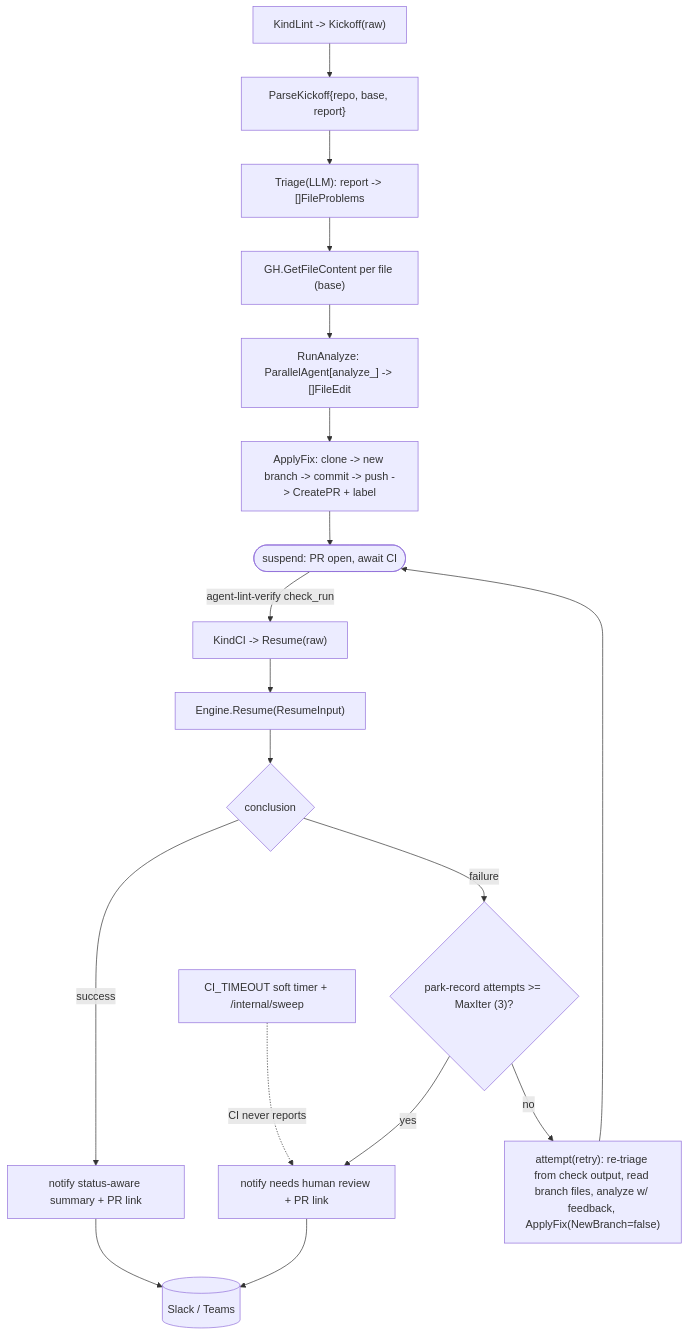
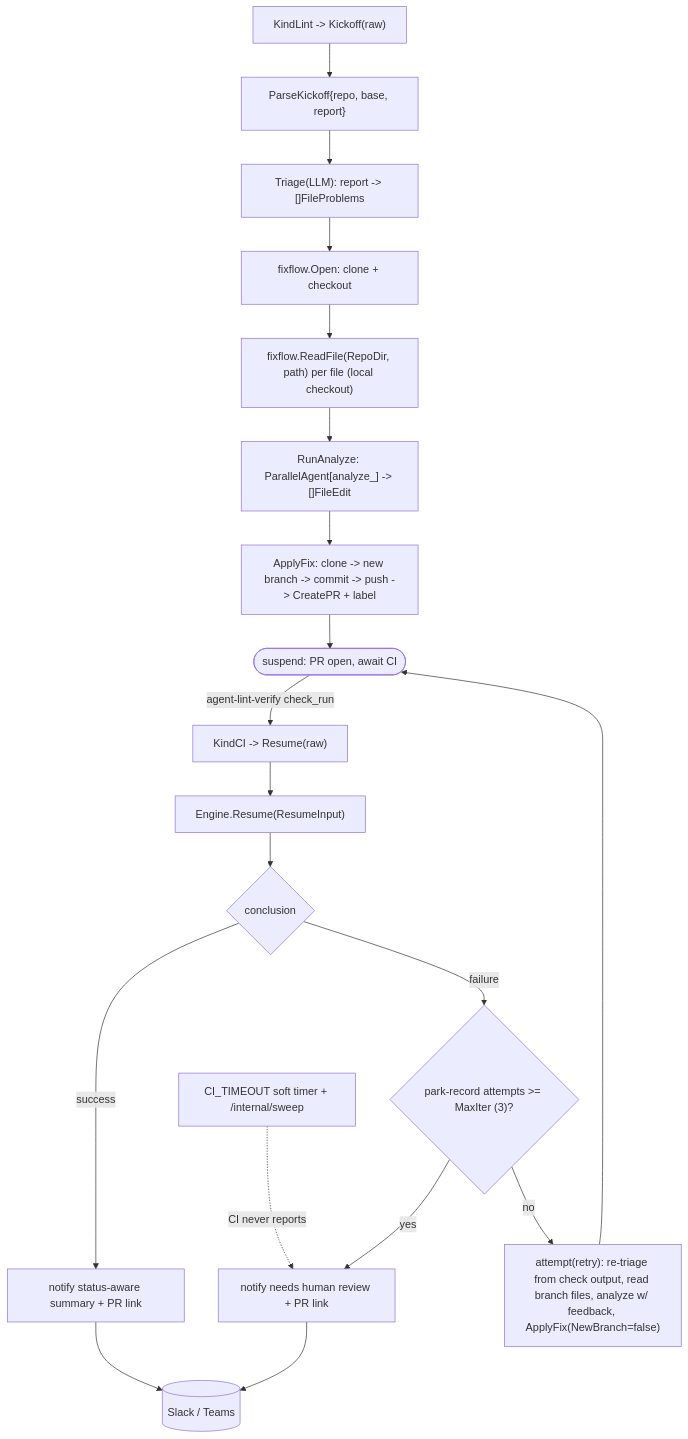
Before and after one commit to jkjamies/automation-agent: the diagram in go/internal/agent/lintfixer/AGENTS.md, drawn with Mermaid. The commit also changed other lines of this file and 54 other files, not shown here.

````diff
--- a/go/internal/agent/lintfixer/AGENTS.md
+++ b/go/internal/agent/lintfixer/AGENTS.md
@@ -15,21 +15,22 @@
 ```mermaid
 flowchart TD
     K["KindLint -> Kickoff(raw)"] --> KP["ParseKickoff{repo, base, report}"]
     KP --> T["Triage(LLM): report -> []FileProblems"]
-    T --> FF["GH.GetFileContent per file (base)"]
+    T --> OP["fixflow.Open: clone + checkout"]
+    OP --> FF["fixflow.ReadFile(RepoDir, path) per file (local checkout)"]
     FF --> AN["RunAnalyze: ParallelAgent[analyze_<file>] -> []FileEdit"]
     AN --> AF["ApplyFix: clone -> new branch -> commit -> push -> CreatePR + label"]
     AF --> SUS(["suspend: PR open, await CI"])
 
     SUS -->|"agent-lint-verify check_run"| CI["KindCI -> Resume(raw)"]
     TO["CI_TIMEOUT soft timer + /internal/sweep"] -.->|"CI never reports"| HR
     CI --> RH["Engine.Resume(ResumeInput)"]
     RH --> C{conclusion}
     C -->|success| OK["notify status-aware summary + PR link"]
     C -->|failure| AT{"park-record attempts >= MaxIter (3)?"}
     AT -->|yes| HR["notify needs human review + PR link"]
     AT -->|no| RT["attempt(retry): re-triage from check output, read branch files, analyze w/ feedback, ApplyFix(NewBranch=false)"]
     RT --> SUS
     OK --> Chat[("Slack / Teams")]
     HR --> Chat
 ```
````
